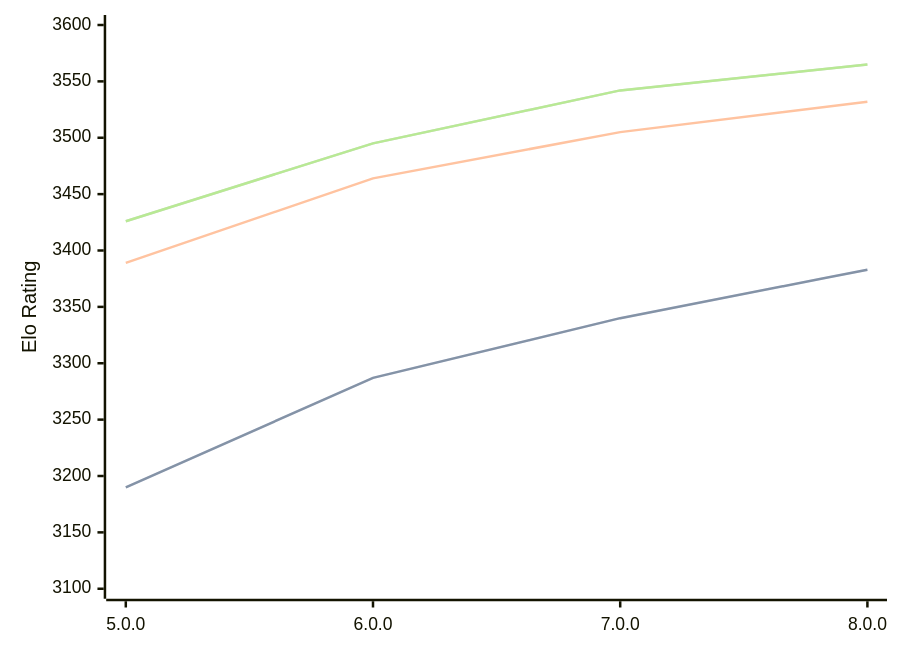
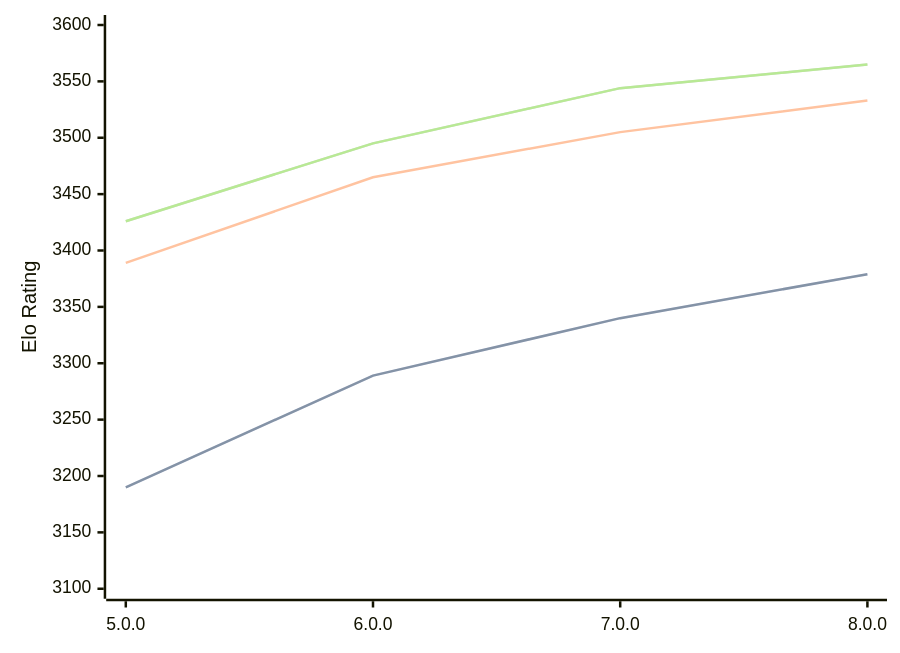
One commit to computer-chess-index/cci changed the diagram in engines/Stormphrax.md. Above: the diagram before and after it, drawn with Mermaid. The commit also changed other lines of this file, not shown here.

Commit message:
Update CCI Ratings (ELO VLTC) - 2026-07-26

````diff
--- a/engines/Stormphrax.md
+++ b/engines/Stormphrax.md
@@ -39,11 +39,11 @@
 ```mermaid
 %%{init: {"theme":"base","themeVariables":{"seriesColors:['#a3a3a3','#222221','#faa371']}}}%%
 xychart-beta
   x-axis ["5.0.0", "6.0.0", "7.0.0", "8.0.0"]
   y-axis "Elo Rating" 3100 --> 3600
-  line "STC (8.0+0.08s)" [3190, 3287, 3340, 3383]
-  line "STC (8.0+0.08s)" [3190, 3287, 3340, 3383]
-  line "LTC (60.0+0.60s)" [3389, 3464, 3505, 3532]
-  line "VLTC (2m24s+1.12s)" [3426, 3495, 3542, 3565]
-  line "VLTC (2m24s+1.12s)" [3426, 3495, 3542, 3565]
+  line "STC (8.0+0.08s)" [3190, 3289, 3340, 3379]
+  line "STC (8.0+0.08s)" [3190, 3289, 3340, 3379]
+  line "LTC (60.0+0.60s)" [3389, 3465, 3505, 3533]
+  line "VLTC (2m24s+1.12s)" [3426, 3495, 3544, 3565]
+  line "VLTC (2m24s+1.12s)" [3426, 3495, 3544, 3565]
 ```
````
